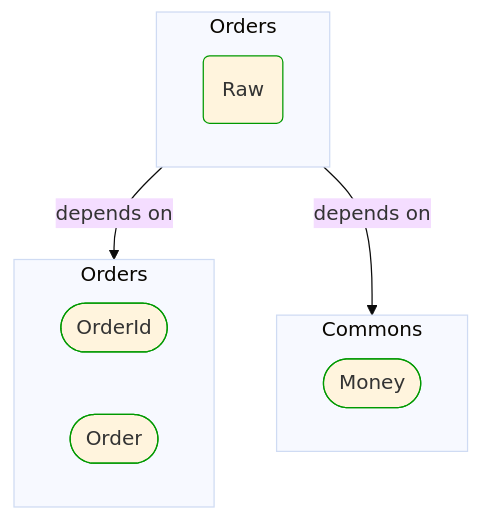
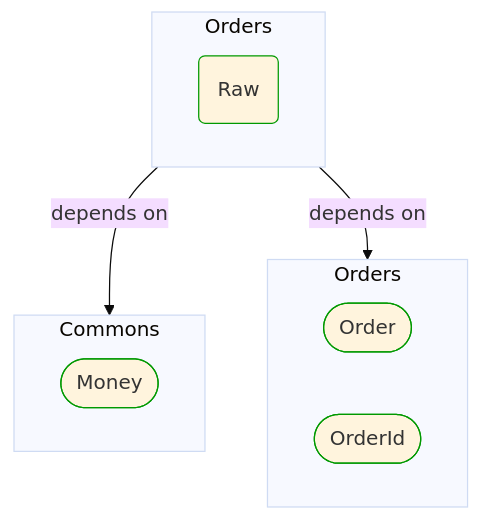
One commit to itlibrium/DDD-starter-dotnet changed the diagram in Docs/P3/MermaidOutput/BuildingBlocks/Sales/Orders/Raw.md. Above: the diagram before and after it, drawn with Mermaid (base theme). The commit also changed 78 other files, not shown here.

````diff
--- a/Docs/P3/MermaidOutput/BuildingBlocks/Sales/Orders/Raw.md
+++ b/Docs/P3/MermaidOutput/BuildingBlocks/Sales/Orders/Raw.md
@@ -18,22 +18,22 @@
 ```mermaid
   flowchart TB
     subgraph 0["Orders"]
       1(Raw)
       class 1 DomainPerspective
     end
-    subgraph 2["Orders"]
-      3([OrderId])
+    subgraph 2["Commons"]
+      3([Money])
       class 3 DomainPerspective
-      4([Order])
-      class 4 DomainPerspective
     end
-    subgraph 5["Commons"]
-      6([Money])
+    subgraph 4["Orders"]
+      5([Order])
+      class 5 DomainPerspective
+      6([OrderId])
       class 6 DomainPerspective
     end
     0-->|depends on|2
-    0-->|depends on|5
+    0-->|depends on|4
     classDef DomainPerspective stroke:#009900
     classDef TechnologyPerspective stroke:#1F41EB
     classDef PeoplePerspective stroke:#FFF014
 ```
````
